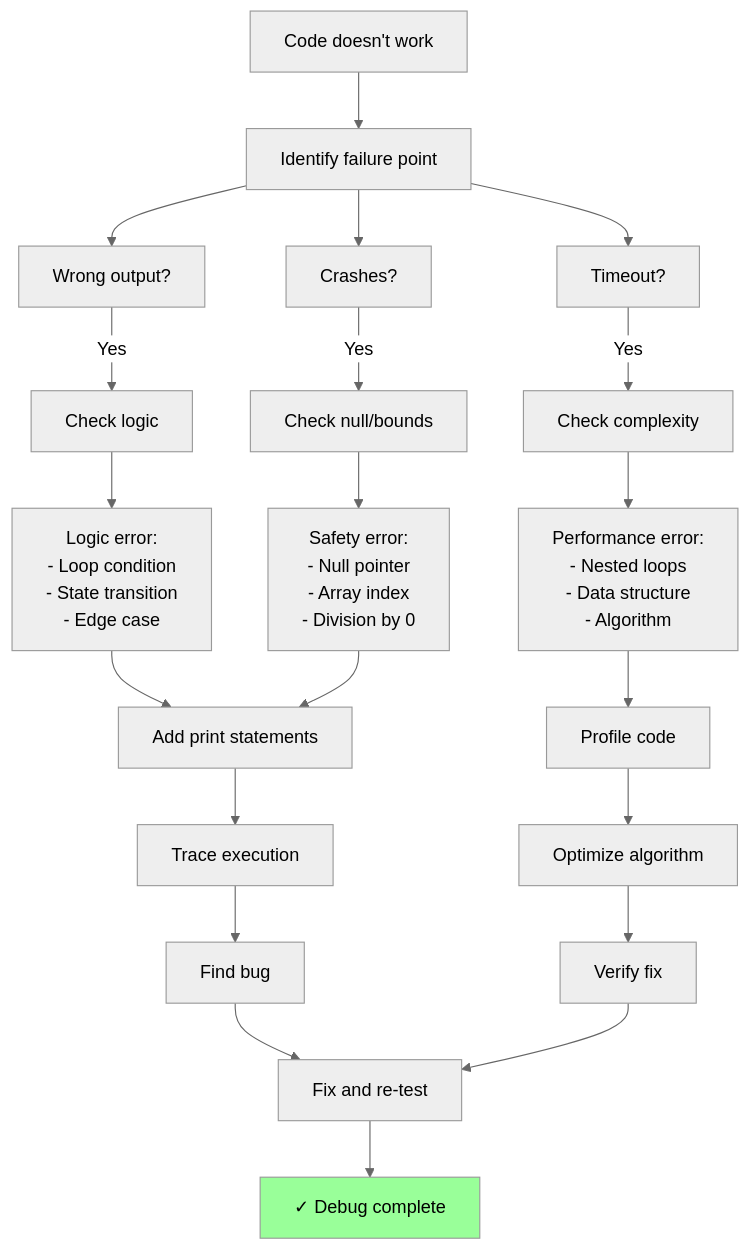
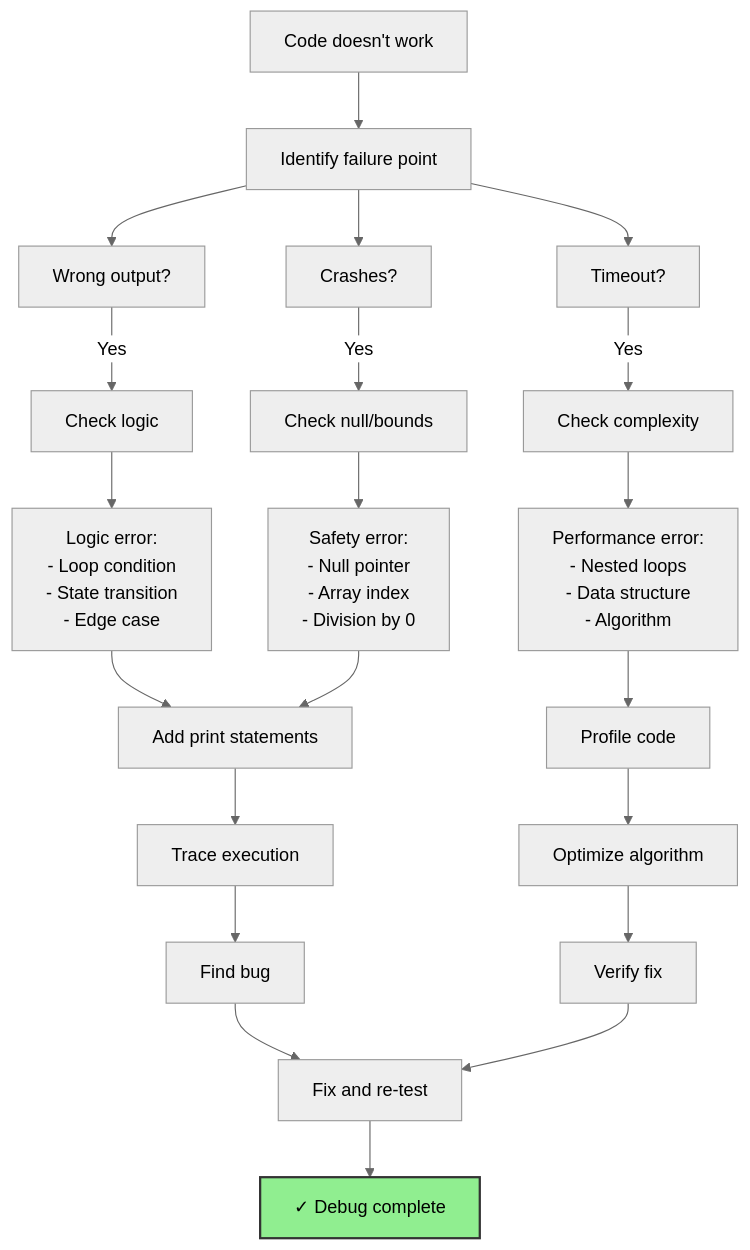
The sixth of 7 diagrams in docs/guides/problem_solving_flowchart.md (souradeepta/interviewprep), drawn with Mermaid (neutral theme) before and after one commit. The commit also changed other lines of this file and 31 other files, not shown here.

Commit message:
updated graphs

````diff
--- a/docs/guides/problem_solving_flowchart.md
+++ b/docs/guides/problem_solving_flowchart.md
@@ -283,34 +283,34 @@
 ```mermaid
 graph TD
     A["Code doesn't work"] --> B["Identify failure point"]
     
     B --> C["Wrong output?"]
     C -->|Yes| D["Check logic"]
     
     B --> E["Crashes?"]
     E -->|Yes| F["Check null/bounds"]
     
     B --> G["Timeout?"]
     G -->|Yes| H["Check complexity"]
     
     D --> I["Logic error:<br/>- Loop condition<br/>- State transition<br/>- Edge case"]
     F --> J["Safety error:<br/>- Null pointer<br/>- Array index<br/>- Division by 0"]
     H --> K["Performance error:<br/>- Nested loops<br/>- Data structure<br/>- Algorithm"]
     
     I --> L["Add print statements"]
     J --> L
     K --> M["Profile code"]
     
     L --> N["Trace execution"]
     M --> O["Optimize algorithm"]
     
     N --> P["Find bug"]
     O --> Q["Verify fix"]
     
     P --> R["Fix and re-test"]
     Q --> R
     
     R --> S["✓ Debug complete"]
     
-    style S fill:#99ff99
+    style S fill:#90ee90,color:#000,stroke:#333,stroke-width:2px
 ```
````
